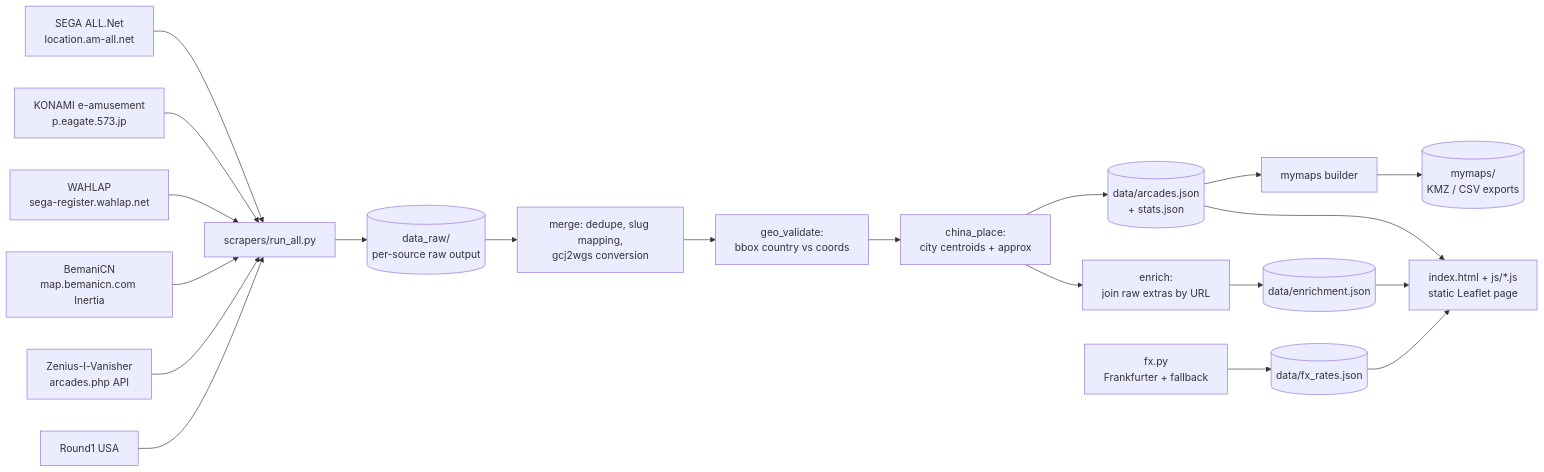
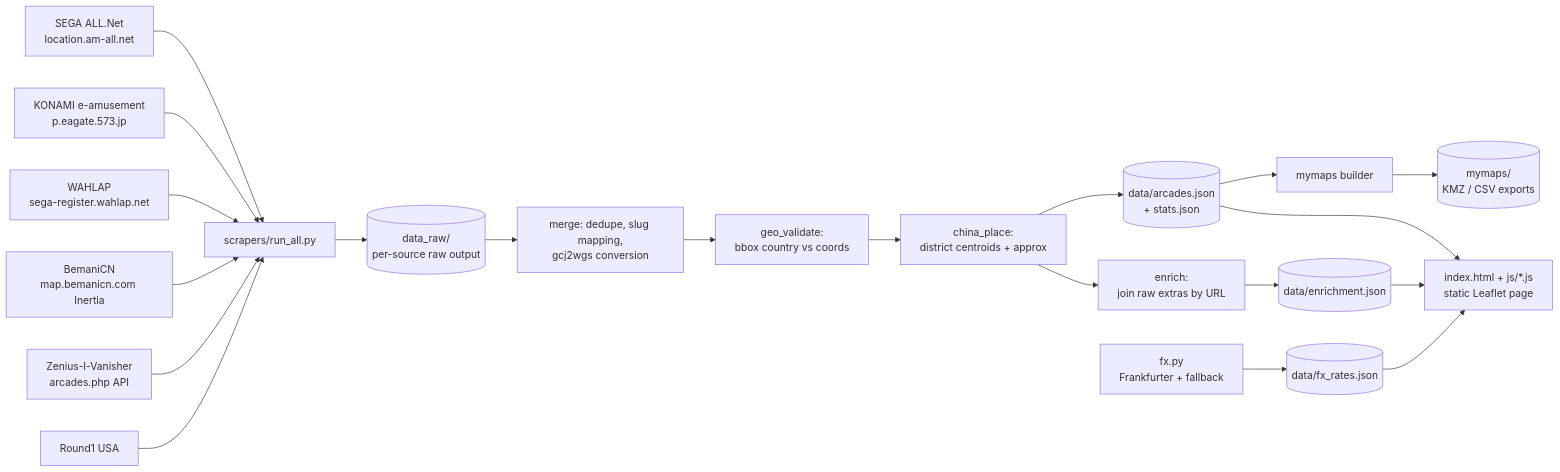
The first of 2 diagrams in docs/ARCHITECTURE.md (JonathanLiu1401/Arcade-Maps), drawn with Mermaid before and after one commit. The commit also changed other lines of this file and 17 other files, not shown here.

````diff
--- a/docs/ARCHITECTURE.md
+++ b/docs/ARCHITECTURE.md
@@ -5,22 +5,22 @@
 ```mermaid
 flowchart LR
   allnet["SEGA ALL.Net<br>location.am-all.net"] --> run
   eagate["KONAMI e-amusement<br>p.eagate.573.jp"] --> run
   wahlap["WAHLAP<br>sega-register.wahlap.net"] --> run
   bemanicn["BemaniCN<br>map.bemanicn.com Inertia"] --> run
   ziv["Zenius-I-Vanisher<br>arcades.php API"] --> run
   round1["Round1 USA"] --> run
   run["scrapers/run_all.py"] --> raw[("data_raw/<br>per-source raw output")]
   raw --> merge["merge: dedupe, slug mapping,<br>gcj2wgs conversion"]
   merge --> geov["geo_validate:<br>bbox country vs coords"]
-  geov --> china["china_place:<br>city centroids + approx"]
+  geov --> china["china_place:<br>district centroids + approx"]
   china --> canon[("data/arcades.json<br>+ stats.json")]
   china --> enrich["enrich:<br>join raw extras by URL"]
   enrich --> enj[("data/enrichment.json")]
   canon --> site["index.html + js/*.js<br>static Leaflet page"]
   enj --> site
   fxstep["fx.py<br>Frankfurter + fallback"] --> fxj[("data/fx_rates.json")]
   fxj --> site
   canon --> builder["mymaps builder"]
   builder --> exports[("mymaps/<br>KMZ / CSV exports")]
 ```
````
